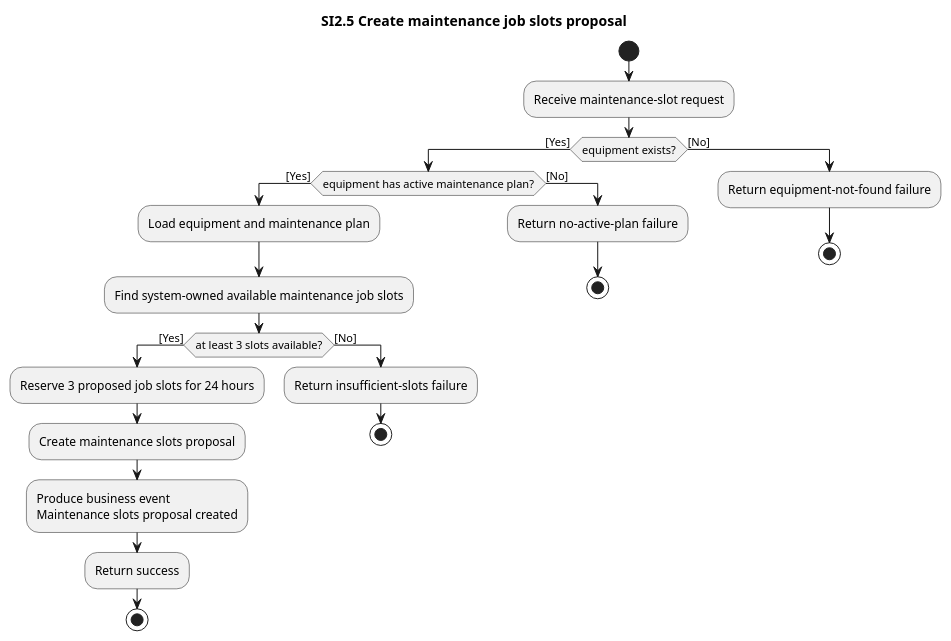
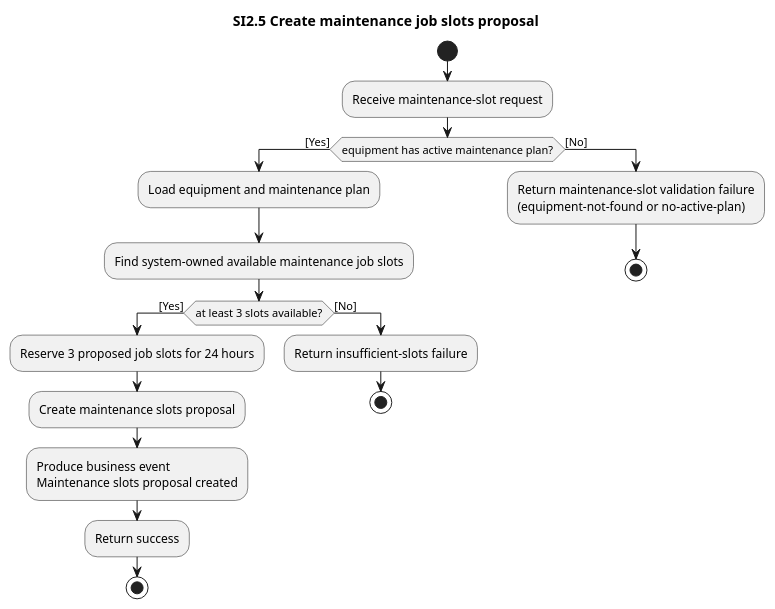
Before and after one commit to ottolote/fixme: the diagram in docs/project/P2/business/system-interactions/diagrams/si2.5-create-maintenance-job-slots-proposal.pu, drawn with PlantUML. The commit also changed 25 other files, not shown here.

```diff
--- a/docs/project/P2/business/system-interactions/diagrams/si2.5-create-maintenance-job-slots-proposal.pu
+++ b/docs/project/P2/business/system-interactions/diagrams/si2.5-create-maintenance-job-slots-proposal.pu
@@ -1,31 +1,27 @@
 @startuml si2.5-create-maintenance-job-slots-proposal
 title SI2.5 Create maintenance job slots proposal
 
 start
 :Receive maintenance-slot request;
 
-if (equipment exists?) then ([Yes])
-  if (equipment has active maintenance plan?) then ([Yes])
-    :Load equipment and maintenance plan;
-    :Find system-owned available maintenance job slots;
-    if (at least 3 slots available?) then ([Yes])
-      :Reserve 3 proposed job slots for 24 hours;
-      :Create maintenance slots proposal;
-      :Produce business event
+if (equipment has active maintenance plan?) then ([Yes])
+  :Load equipment and maintenance plan;
+  :Find system-owned available maintenance job slots;
+  if (at least 3 slots available?) then ([Yes])
+    :Reserve 3 proposed job slots for 24 hours;
+    :Create maintenance slots proposal;
+    :Produce business event
 Maintenance slots proposal created; <<sendSignal>>
-      :Return success;
-      stop
-    else ([No])
-      :Return insufficient-slots failure;
-      stop
-    endif
+    :Return success;
+    stop
   else ([No])
-    :Return no-active-plan failure;
+    :Return insufficient-slots failure;
     stop
   endif
 else ([No])
-  :Return equipment-not-found failure;
+  :Return maintenance-slot validation failure
+(equipment-not-found or no-active-plan);
   stop
 endif
 
 @enduml
```
